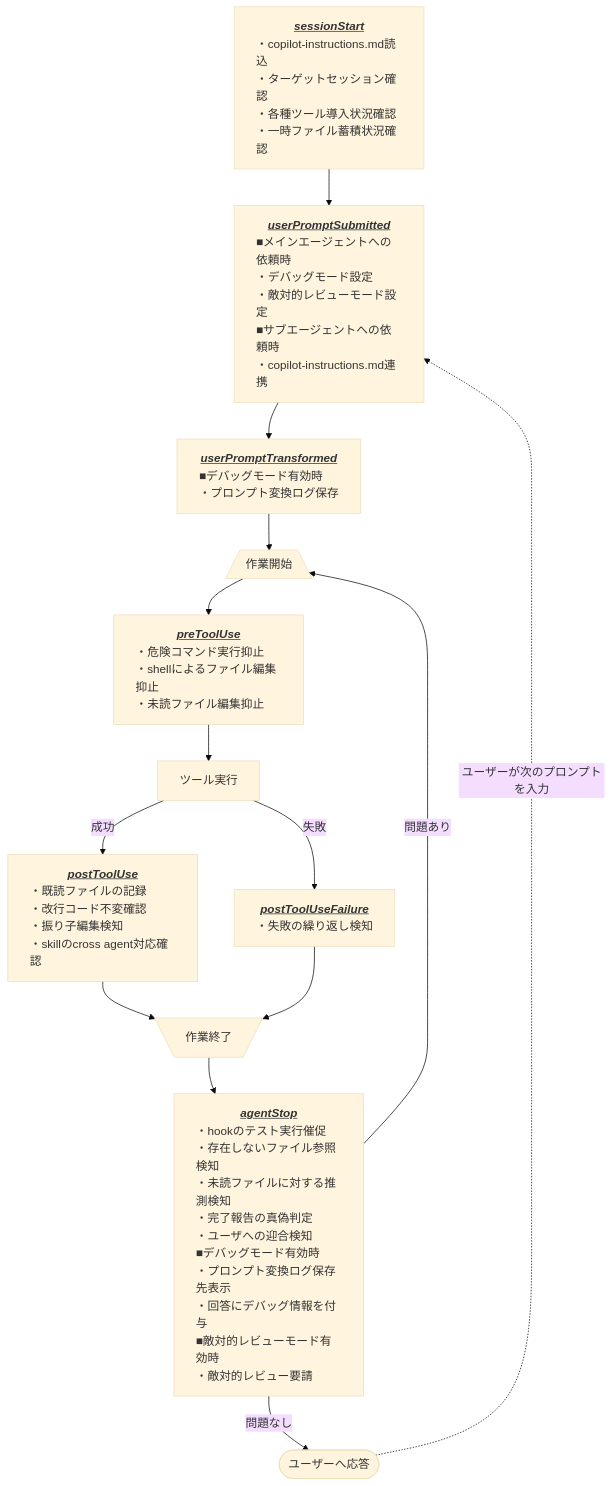
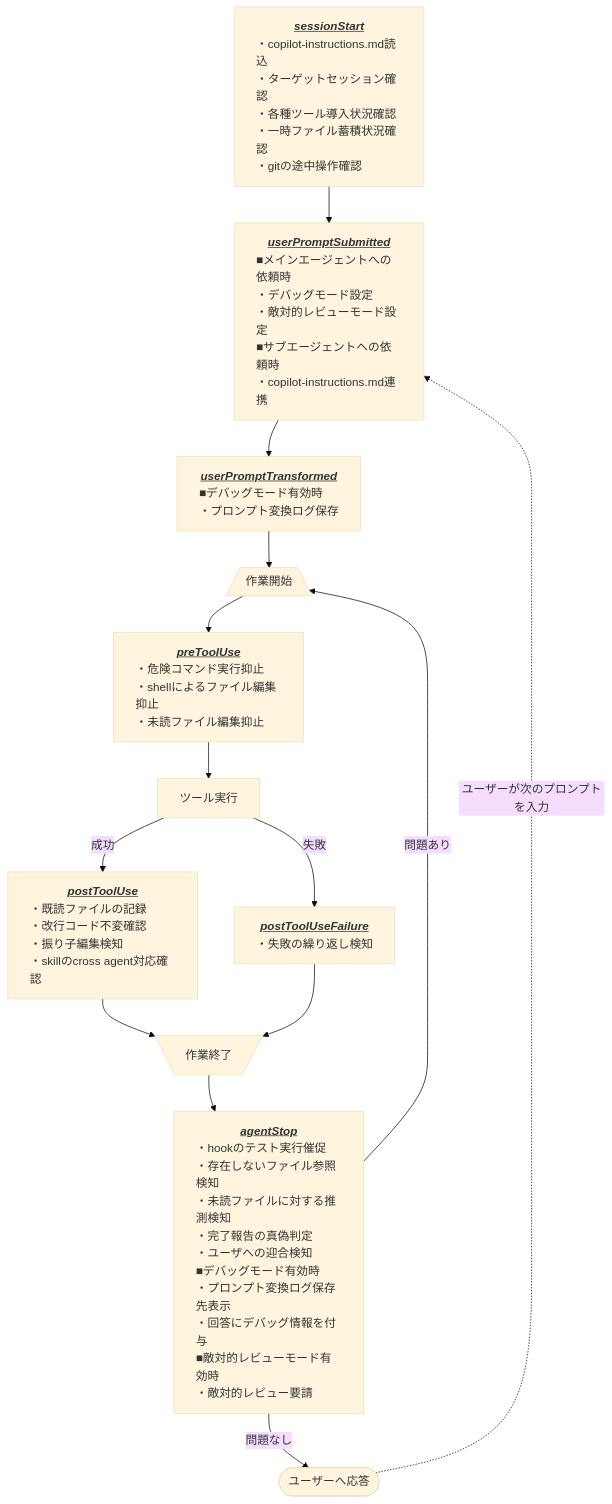
The diagram in .github/README.md (Widthdom/GHCAgentRefinement), drawn with Mermaid (base theme) before and after one commit. The commit also changed other lines of this file and 4 other files, not shown here.

````diff
--- a/.github/README.md
+++ b/.github/README.md
@@ -20,33 +20,33 @@
 ```mermaid
 flowchart TD
 
-    sessionStart["<b><i><u>sessionStart</u></i></b><br/><div style='text-align: left'>・copilot-instructions.md読込<br/>・ターゲットセッション確認<br/>・各種ツール導入状況確認<br/>・一時ファイル蓄積状況確認</div>"]
+    sessionStart["<b><i><u>sessionStart</u></i></b><br/><div style='text-align: left'>・copilot-instructions.md読込<br/>・ターゲットセッション確認<br/>・各種ツール導入状況確認<br/>・一時ファイル蓄積状況確認<br/>・gitの途中操作確認</div>"]
 
     userPromptSubmitted["<b><i><u>userPromptSubmitted</u></i></b><br/><div style='text-align: left'>■メインエージェントへの依頼時<br/>・デバッグモード設定<br/>・敵対的レビューモード設定<br/>■サブエージェントへの依頼時<br/>・copilot-instructions.md連携</div>"]
 
     userPromptTransformed["<b><i><u>userPromptTransformed</u></i></b><br/><div style='text-align: left'>■デバッグモード有効時<br/>・プロンプト変換ログ保存</div>"]
 
     LoopStart[/作業開始\]
 
     preToolUse["<b><i><u>preToolUse</u></i></b><br/><div style='text-align: left'>・危険コマンド実行抑止<br/>・shellによるファイル編集抑止<br/>・未読ファイル編集抑止</div>"]
 
     runTool["ツール実行"]
 
     postToolUse["<b><i><u>postToolUse</u></i></b><br/><div style='text-align: left'>・既読ファイルの記録<br/>・改行コード不変確認<br/>・振り子編集検知<br/>・skillのcross agent対応確認</div>"]
 
     postToolUseFailure["<b><i><u>postToolUseFailure</u></i></b><br/><div style='text-align: left'>・失敗の繰り返し検知</div>"]
 
     LoopEnd[\作業終了/]
 
     agentStop["<b><i><u>agentStop</u></i></b><br/><div style='text-align: left'>・hookのテスト実行催促<br/>・存在しないファイル参照検知<br/>・未読ファイルに対する推測検知<br/>・完了報告の真偽判定<br/>・ユーザへの迎合検知<br/>■デバッグモード有効時<br/>・プロンプト変換ログ保存先表示<br/>・回答にデバッグ情報を付与<br/>■敵対的レビューモード有効時<br/>・敵対的レビュー要請<br/></div>"]
 
     responseToUser(["ユーザーへ応答"])
 
     sessionStart --> userPromptSubmitted --> userPromptTransformed --> LoopStart --> preToolUse --> runTool
     runTool -- "成功" --> postToolUse --> LoopEnd
     runTool -- "失敗" --> postToolUseFailure --> LoopEnd
     LoopEnd --> agentStop
     agentStop -- "問題あり" --> LoopStart
     agentStop -- "問題なし" --> responseToUser
     responseToUser -. "ユーザーが次のプロンプトを入力" .-> userPromptSubmitted
 ```
````
